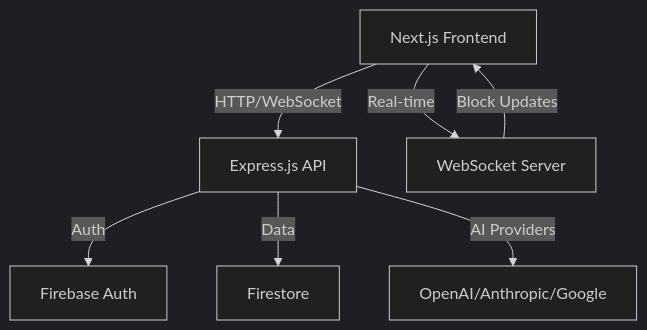
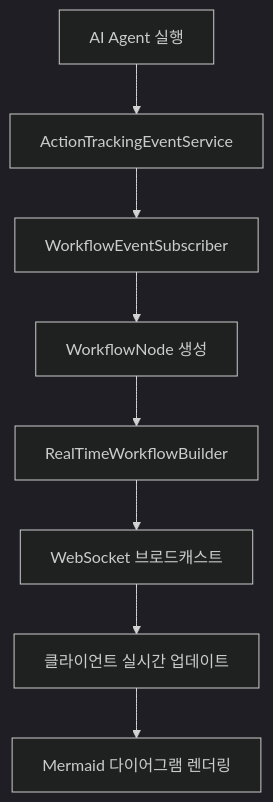
Before and after one commit to woojubb/robota: the diagram in .design/robota-saas-website/02-tech-stack-architecture.md, drawn with Mermaid (dark theme). The commit also changed other lines of this file and 23 other files, not shown here.

First line of the commit message:
Complete real-time workflow visualization system and cleanup

````diff
--- a/.design/robota-saas-website/02-tech-stack-architecture.md
+++ b/.design/robota-saas-website/02-tech-stack-architecture.md
@@ -151,9 +40,10 @@
 ```mermaid
-graph TB
-    A[Next.js Frontend] -->|HTTP/WebSocket| B[Express.js API]
-    B -->|Auth| C[Firebase Auth]
-    B -->|Data| D[Firestore]
-    B -->|AI Providers| E[OpenAI/Anthropic/Google]
-    A -->|Real-time| F[WebSocket Server]
-    F -->|Block Updates| A
+graph TD
+    A[AI Agent 실행] --> B[ActionTrackingEventService]
+    B --> C[WorkflowEventSubscriber]
+    C --> D[WorkflowNode 생성]
+    D --> E[RealTimeWorkflowBuilder]
+    E --> F[WebSocket 브로드캐스트]
+    F --> G[클라이언트 실시간 업데이트]
+    G --> H[Mermaid 다이어그램 렌더링]
 ```
````
